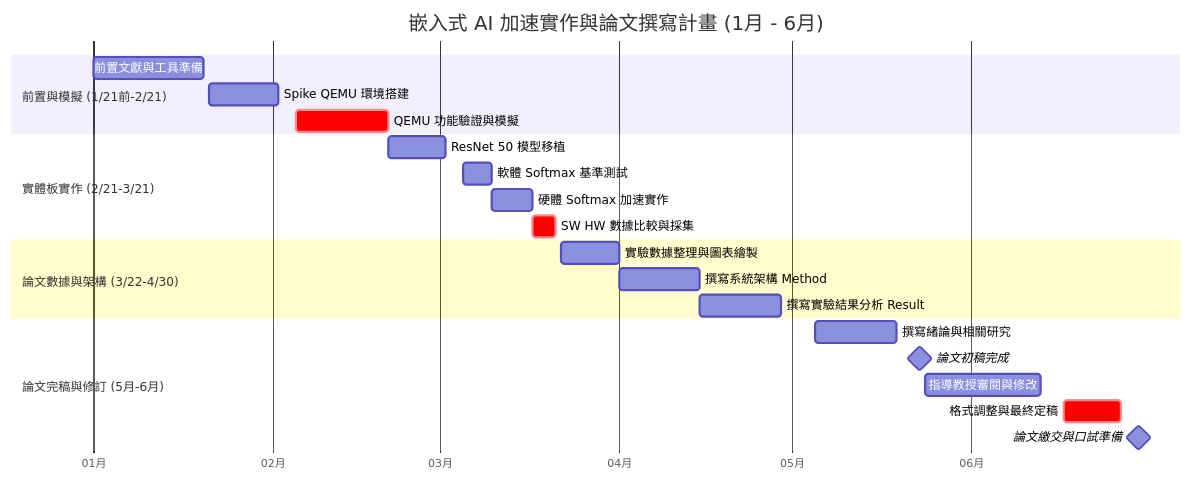
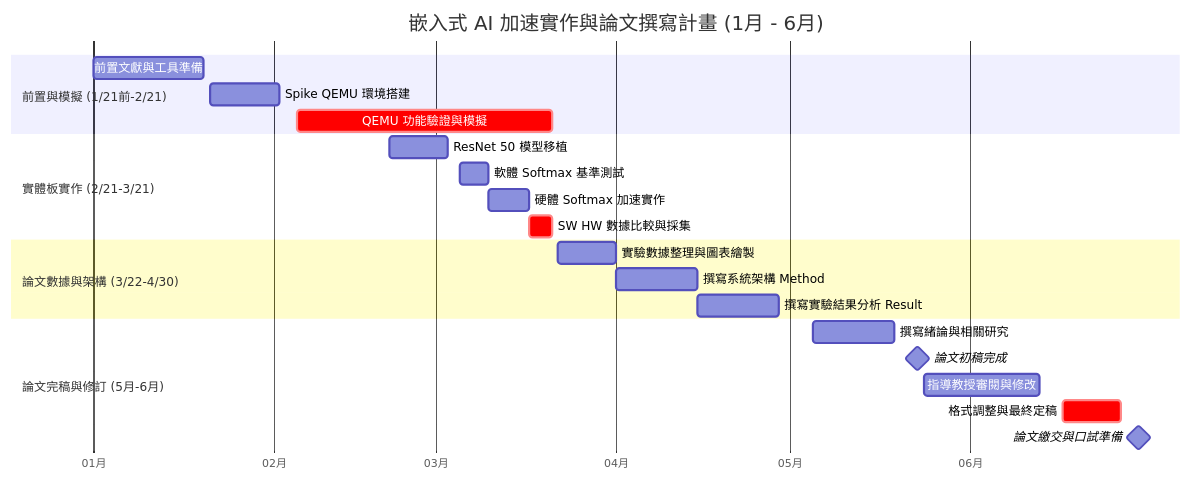
The diagram in time.md (weifoe/vitis), drawn with Mermaid before and after one commit.

````diff
--- a/time.md
+++ b/time.md
@@ -7,32 +7,32 @@
 ```mermaid
 gantt
     title 嵌入式 AI 加速實作與論文撰寫計畫 (1月 - 6月)
     dateFormat  YYYY-MM-DD
     axisFormat  %m月
 
     section 前置與模擬 (1/21前-2/21)
-    前置文獻與工具準備       :2024-01-01, 2024-01-20
-    Spike QEMU 環境搭建      :2024-01-21, 12d
-    QEMU 功能驗證與模擬      :crit, 2024-02-05, 2024-02-21
+    前置文獻與工具準備       :2026-01-01, 2026-01-20
+    Spike QEMU 環境搭建     :2026-01-21, 12d
+    QEMU 功能驗證與模擬      :crit, 2026-02-05, 2026-03-21
 
     section 實體板實作 (2/21-3/21)
-    ResNet 50 模型移植       :2024-02-21, 10d
-    軟體 Softmax 基準測試    :2024-03-05, 5d
-    硬體 Softmax 加速實作    :2024-03-10, 7d
-    SW HW 數據比較與採集     :crit, 2024-03-17, 2024-03-21
+    ResNet 50 模型移植       :2026-02-21, 10d
+    軟體 Softmax 基準測試    :2026-03-05, 5d
+    硬體 Softmax 加速實作    :2026-03-10, 7d
+    SW HW 數據比較與採集     :crit, 2026-03-17, 2026-03-21
 
     section 論文數據與架構 (3/22-4/30)
-    實驗數據整理與圖表繪製   :p1, 2024-03-22, 10d
+    實驗數據整理與圖表繪製   :p1, 2026-03-22, 10d
     撰寫系統架構 Method      :p2, after p1, 14d
     撰寫實驗結果分析 Result  :p3, after p2, 14d
 
     section 論文完稿與修訂 (5月-6月)
-    撰寫緒論與相關研究       :2024-05-05, 14d
-    論文初稿完成             :milestone, 2024-05-23, 0d
-    指導教授審閱與修改       :2024-05-24, 20d
-    格式調整與最終定稿       :crit, 2024-06-17, 10d
-    論文繳交與口試準備       :milestone, 2024-06-30, 0d
+    撰寫緒論與相關研究       :2026-05-05, 14d
+    論文初稿完成             :milestone, 2026-05-23, 0d
+    指導教授審閱與修改       :2026-05-24, 20d
+    格式調整與最終定稿       :crit, 2026-06-17, 10d
+    論文繳交與口試準備       :milestone, 2026-06-30, 0d
 
 
 
 ```
````
